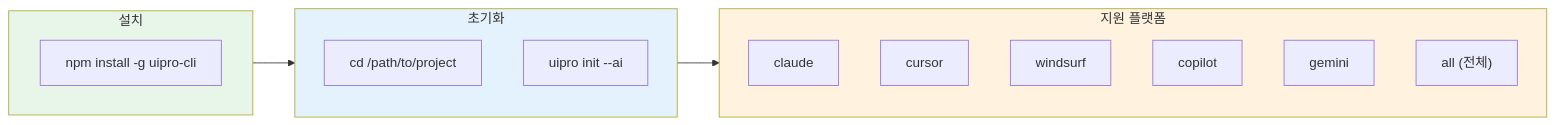
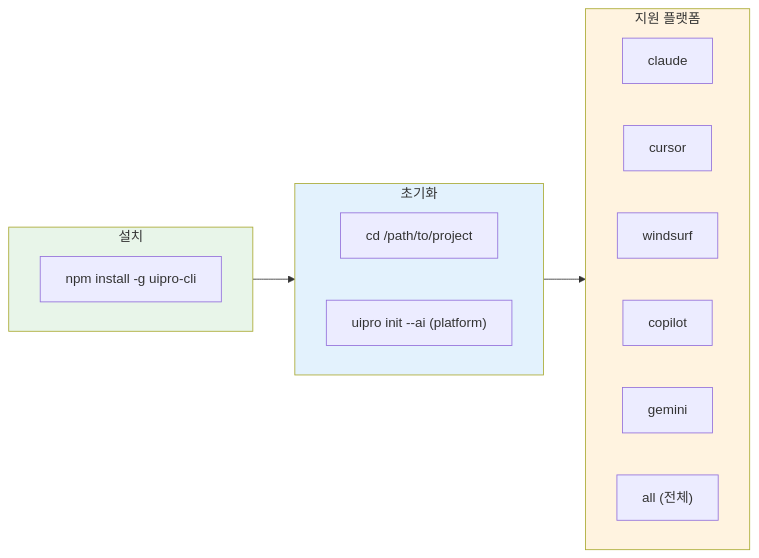
The ninth of 12 diagrams in content/post/2026/2026-03-08-ui-ux-pro-max-skill.md (gyuha/blog), drawn with Mermaid before and after one commit. The commit also changed other lines of this file, not shown here.

Commit message:
update blog source

````diff
--- a/content/post/2026/2026-03-08-ui-ux-pro-max-skill.md
+++ b/content/post/2026/2026-03-08-ui-ux-pro-max-skill.md
@@ -447,27 +447,29 @@
 ```mermaid
 flowchart LR
     subgraph Install["설치"]
         direction LR
         NPM["npm install -g uipro-cli"]
     end
 
     subgraph Init["초기화"]
+        direction LR
         CD["cd /path/to/project"]
-        INIT["uipro init --ai <platform>"]
+        INIT["uipro init --ai (platform)"]
     end
 
     subgraph Platforms["지원 플랫폼"]
+        direction LR
         P1["claude"]
         P2["cursor"]
         P3["windsurf"]
         P4["copilot"]
         P5["gemini"]
         P6["all (전체)"]
     end
 
     Install --> Init --> Platforms
 
     style Install fill:#e8f5e9
     style Init fill:#e3f2fd
     style Platforms fill:#fff3e0
 ```
````
